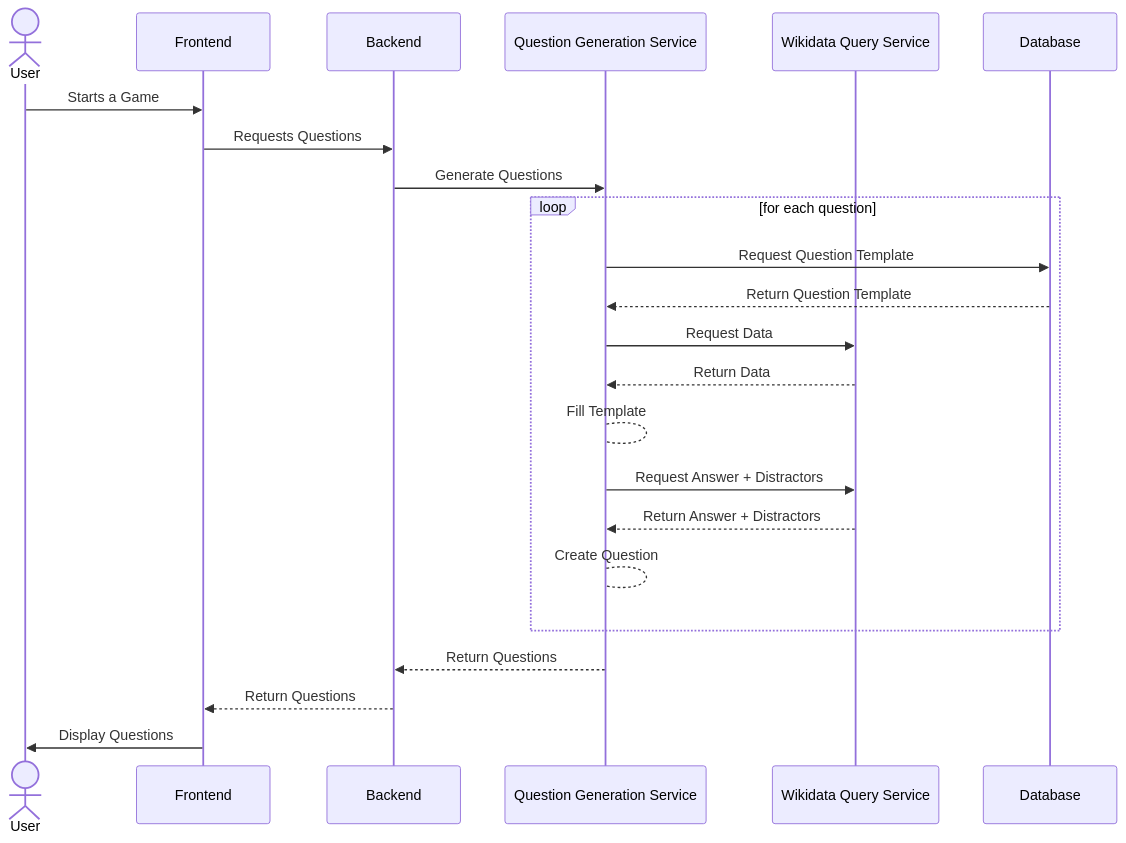
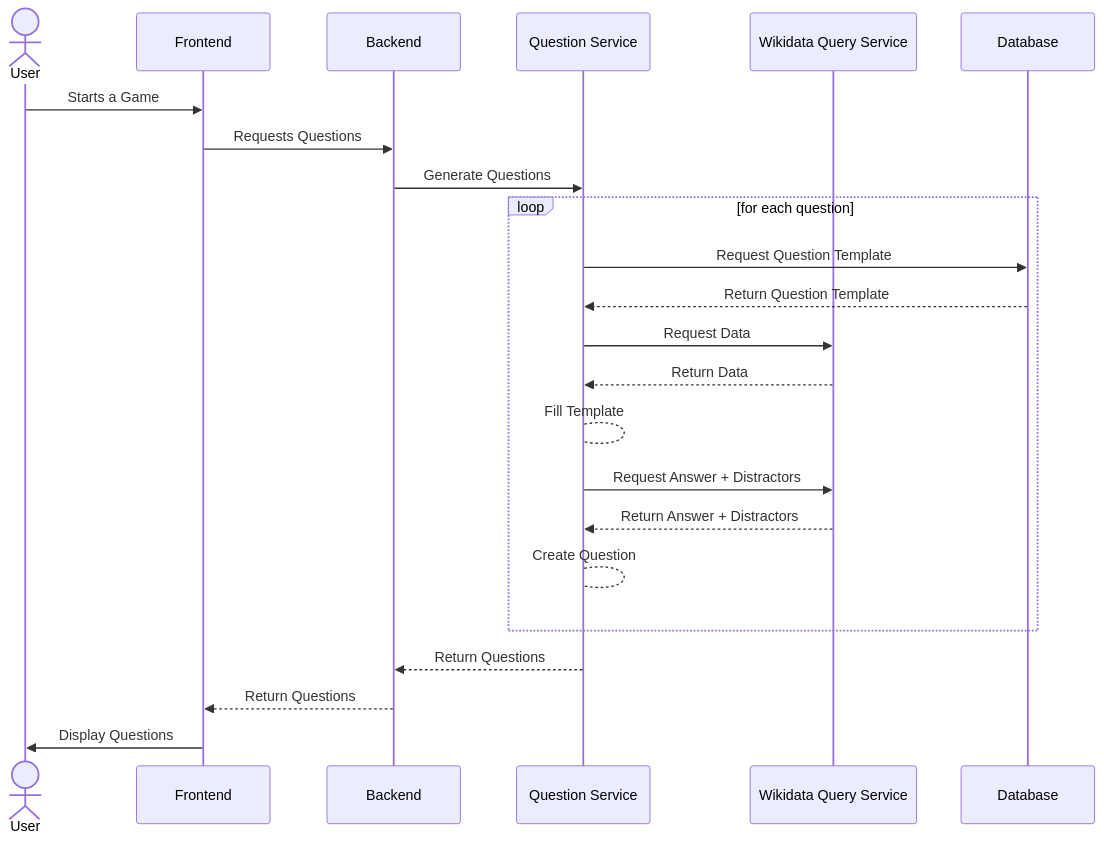
Before and after one commit to Arquisoft/wiq_en3b: the second of 3 diagrams in docs/src/06_runtime_view.adoc, drawn with Mermaid. The commit also changed other lines of this file, not shown here.

Commit message:
Updated service names for consistency

```diff
--- a/docs/src/06_runtime_view.adoc
+++ b/docs/src/06_runtime_view.adoc
@@ -76,28 +76,28 @@
 [mermaid]
 ....
  sequenceDiagram
     actor U as User
     participant FE as Frontend 
     participant BE as Backend 
-    participant QGS as Question Generation Service 
+    participant QGS as Question Service
     participant WQS as Wikidata Query Service 
     participant DB as Database 
 
     U->>FE: Starts a Game
     FE->>BE: Requests Questions
     BE->>QGS: Generate Questions
 
     loop for each question
         QGS->>DB: Request Question Template
         DB-->>QGS: Return Question Template
         QGS->>WQS: Request Data
         WQS-->>QGS: Return Data
         QGS-->QGS: Fill Template
         QGS->>WQS: Request Answer + Distractors
         WQS-->>QGS: Return Answer + Distractors
         QGS-->QGS: Create Question
     end 
     QGS-->>BE: Return Questions
     BE-->>FE: Return Questions
     FE->>U: Display Questions
 ....
```
